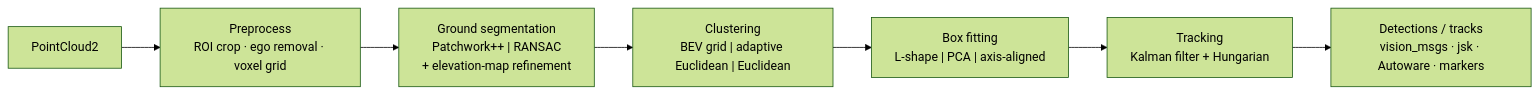
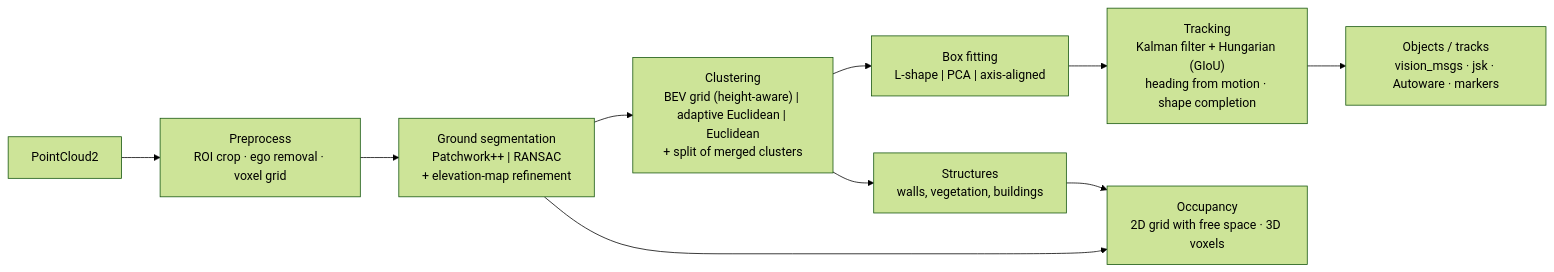
The diagram in README.md (SS47816/lidar_obstacle_detector), drawn with Mermaid (forest theme) before and after one commit. The commit also changed other lines of this file and 4 other files, not shown here.

````diff
--- a/README.md
+++ b/README.md
@@ -34,9 +57,12 @@
 ```mermaid
 flowchart LR
   A[PointCloud2] --> B["Preprocess<br/>ROI crop · ego removal · voxel grid"]
   B --> C["Ground segmentation<br/>Patchwork++ | RANSAC<br/>+ elevation-map refinement"]
-  C --> D["Clustering<br/>BEV grid | adaptive Euclidean | Euclidean"]
+  C --> D["Clustering<br/>BEV grid (height-aware) | adaptive Euclidean | Euclidean<br/>+ split of merged clusters"]
   D --> E["Box fitting<br/>L-shape | PCA | axis-aligned"]
-  E --> F["Tracking<br/>Kalman filter + Hungarian"]
-  F --> G["Detections / tracks<br/>vision_msgs · jsk · Autoware · markers"]
+  D --> S["Structures<br/>walls, vegetation, buildings"]
+  E --> F["Tracking<br/>Kalman filter + Hungarian (GIoU)<br/>heading from motion · shape completion"]
+  F --> G["Objects / tracks<br/>vision_msgs · jsk · Autoware · markers"]
+  C --> O["Occupancy<br/>2D grid with free space · 3D voxels"]
+  S --> O
 ```
````
